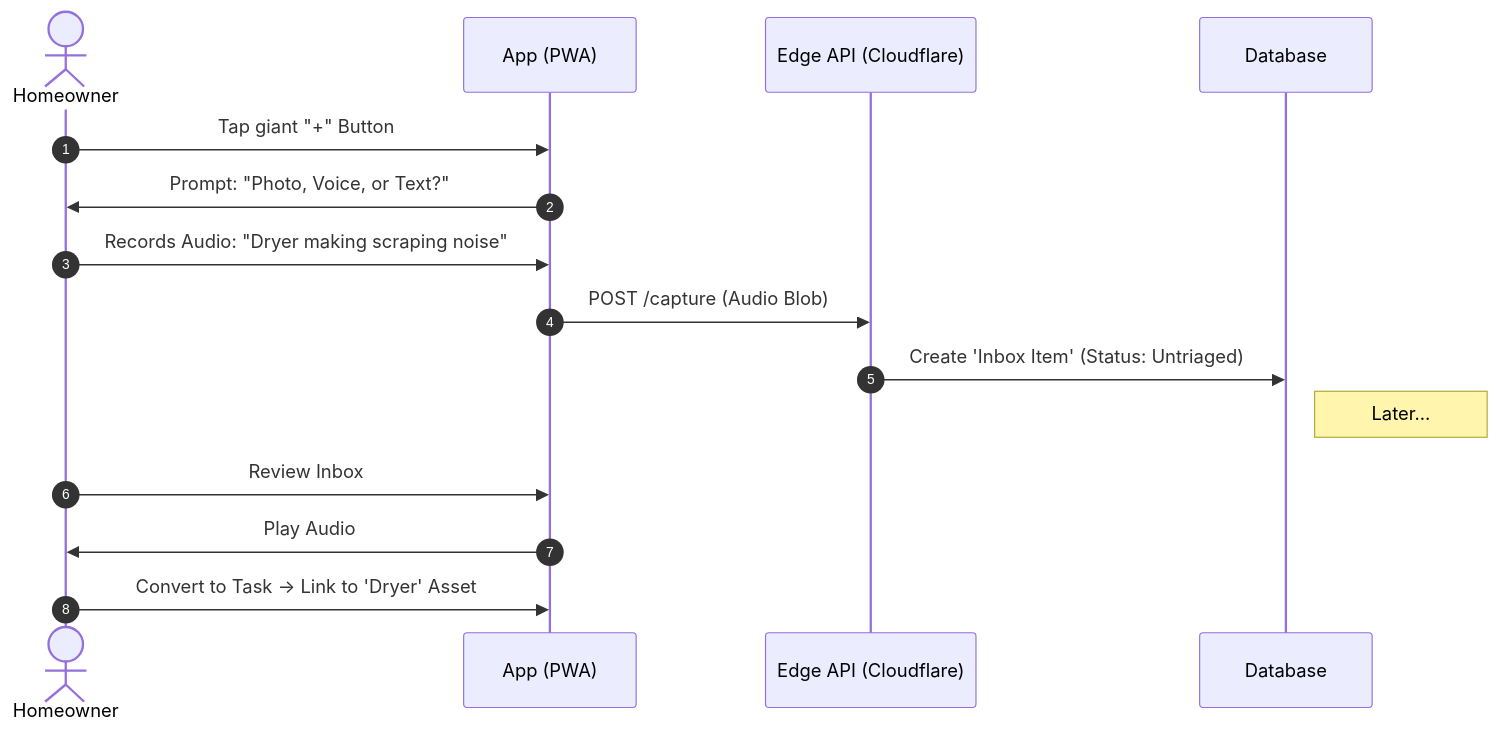
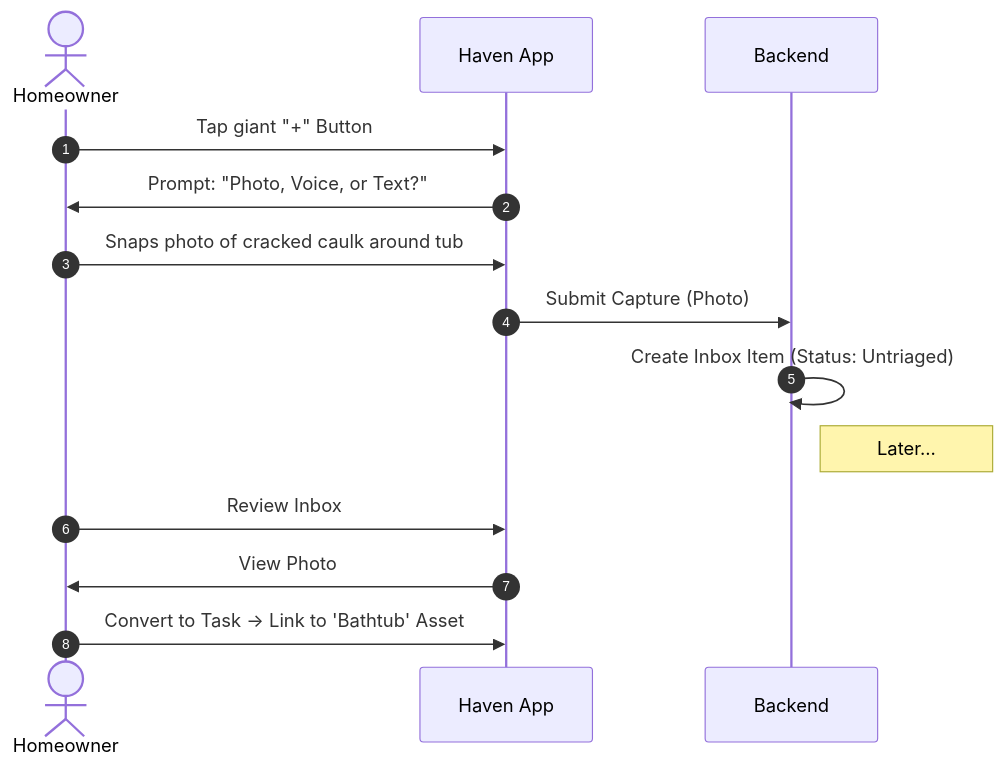
Before and after one commit to abdihashii/haven: the second of 4 diagrams in docs/product-spec.md, drawn with Mermaid. The commit also changed other lines of this file and 1 other file, not shown here.

Commit message:
docs: update architecture and product spec documents to reflect new system design, user flows, and technical stack changes

````diff
--- a/docs/product-spec.md
+++ b/docs/product-spec.md
@@ -56,21 +56,20 @@
 ```mermaid
 sequenceDiagram
     autonumber
     actor U as Homeowner
-    participant FE as App (PWA)
-    participant G as Edge API (Cloudflare)
-    participant DB as Database
+    participant App as Haven App
+    participant Backend as Backend
 
-    U->>FE: Tap giant "+" Button
-    FE->>U: Prompt: "Photo, Voice, or Text?"
-    U->>FE: Records Audio: "Dryer making scraping noise"
+    U->>App: Tap giant "+" Button
+    App->>U: Prompt: "Photo, Voice, or Text?"
+    U->>App: Snaps photo of cracked caulk around tub
 
-    FE->>G: POST /capture (Audio Blob)
-    G->>DB: Create 'Inbox Item' (Status: Untriaged)
+    App->>Backend: Submit Capture (Photo)
+    Backend->>Backend: Create Inbox Item (Status: Untriaged)
 
-    note right of DB: Later...
+    note right of Backend: Later...
 
-    U->>FE: Review Inbox
-    FE->>U: Play Audio
-    U->>FE: Convert to Task -> Link to 'Dryer' Asset
+    U->>App: Review Inbox
+    App->>U: View Photo
+    U->>App: Convert to Task -> Link to 'Bathtub' Asset
 ```
````
